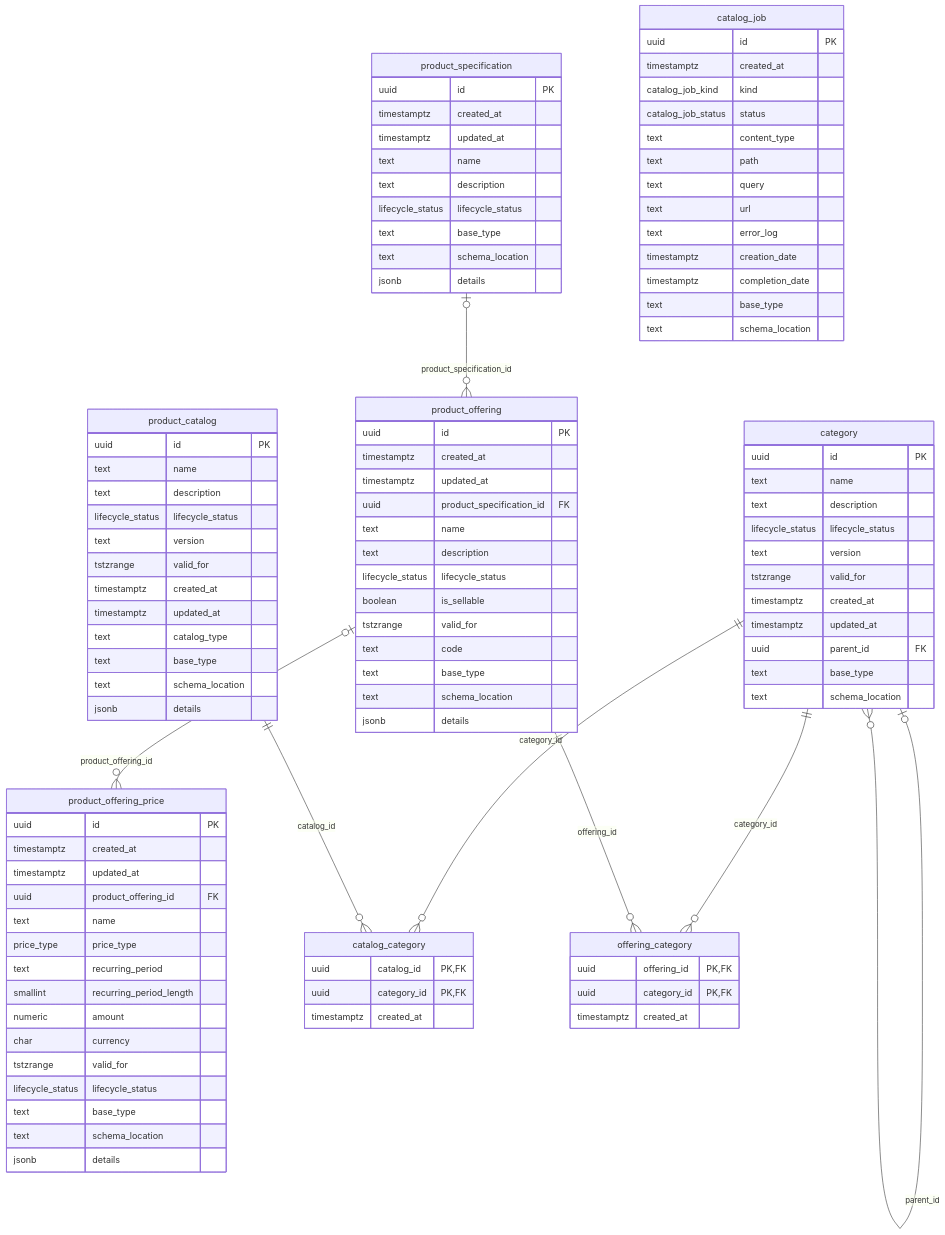
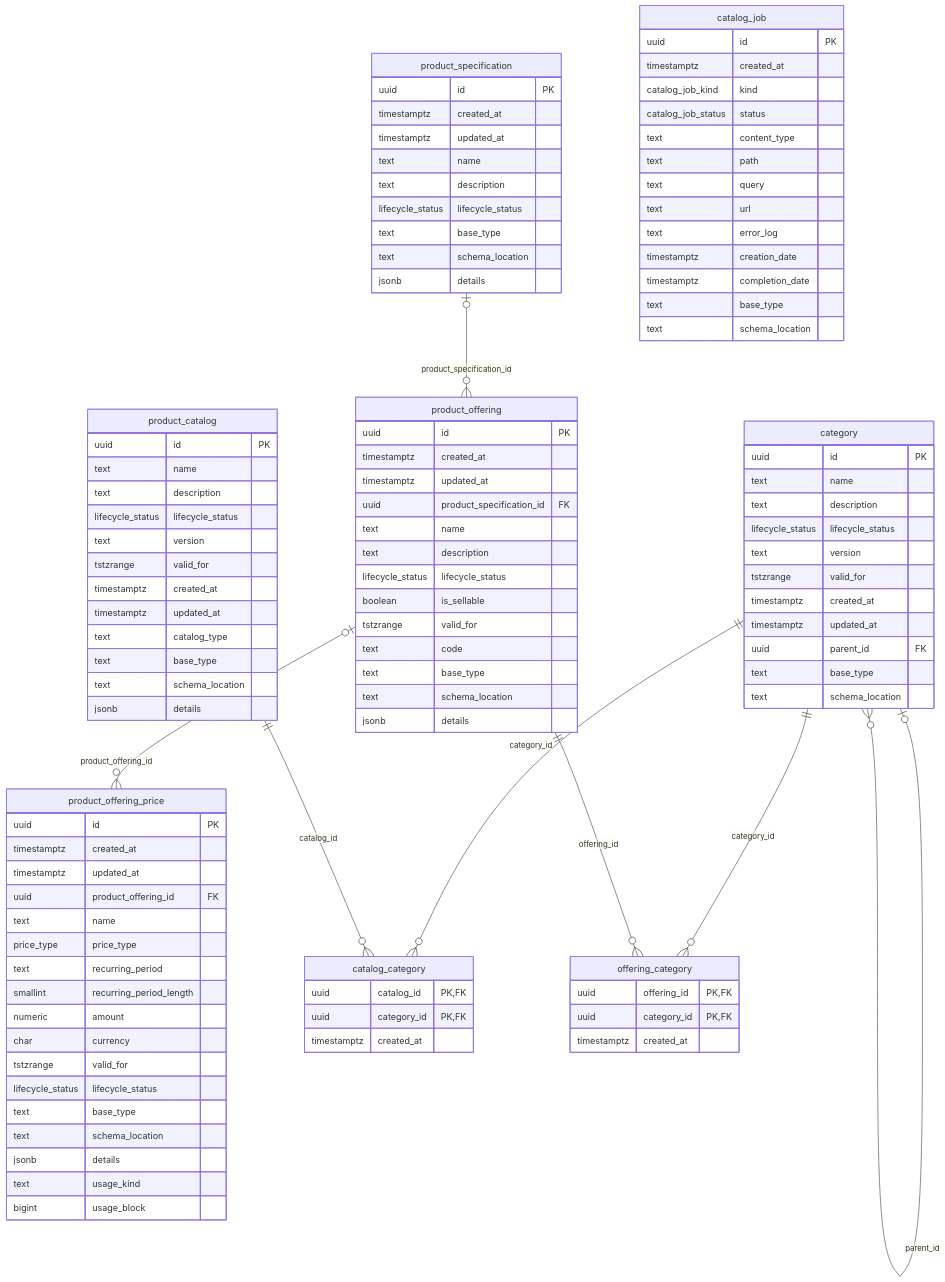
Before and after one commit to altharmz/bss: the third of 9 diagrams in docs/db/README.md, drawn with Mermaid. The commit also changed other lines of this file and 32 other files, not shown here.

```diff
--- a/docs/db/README.md
+++ b/docs/db/README.md
@@ -459,6 +471,8 @@
     text base_type
     text schema_location
     jsonb details
+    text usage_kind
+    bigint usage_block
   }
   category {
     uuid id PK
```
